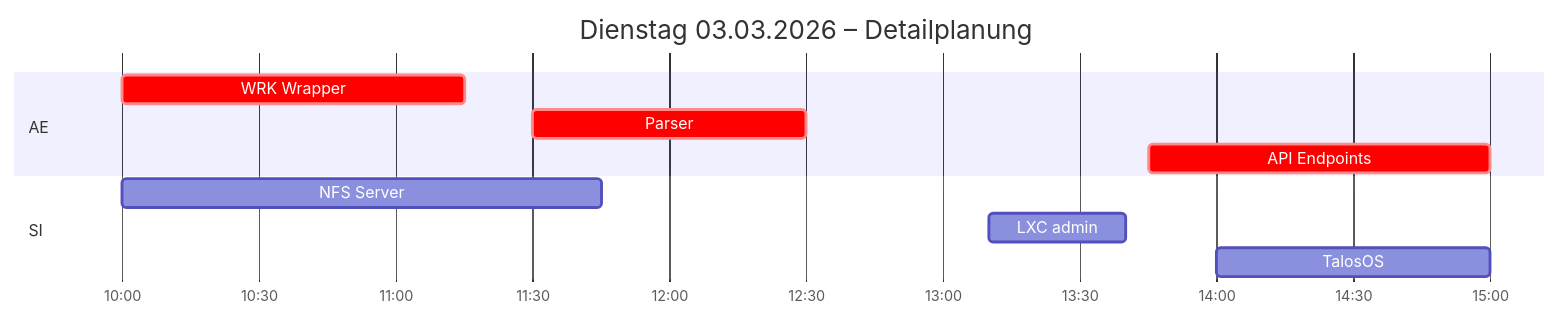
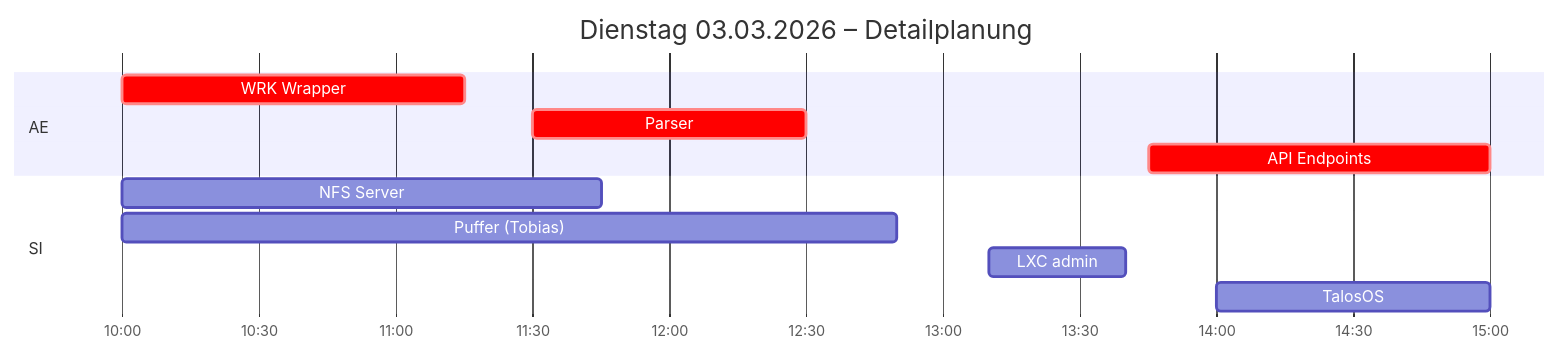
The second of 4 diagrams in Pflichtenheft.md (thivu2000/LF12-wrk-monitor), drawn with Mermaid before and after one commit. The commit also changed other lines of this file, not shown here.

````diff
--- a/Pflichtenheft.md
+++ b/Pflichtenheft.md
@@ -185,17 +187,18 @@
 ```mermaid
 gantt
     title Dienstag 03.03.2026 – Detailplanung
     dateFormat  YYYY-MM-DD HH:mm
     axisFormat  %H:%M
     todayMarker off
 
     section AE
     WRK Wrapper        :crit, 2026-03-03 10:00, 75m
     Parser             :crit, 2026-03-03 11:30, 60m
     API Endpoints      :crit, 2026-03-03 13:45, 75m
 
     section SI
     NFS Server         :2026-03-03 10:00, 105m
+    Puffer (Tobias)    :2026-03-03 10:00, 170m 
     LXC admin          :2026-03-03 13:10, 30m
     TalosOS            :2026-03-03 14:00, 60m
 ```
````
